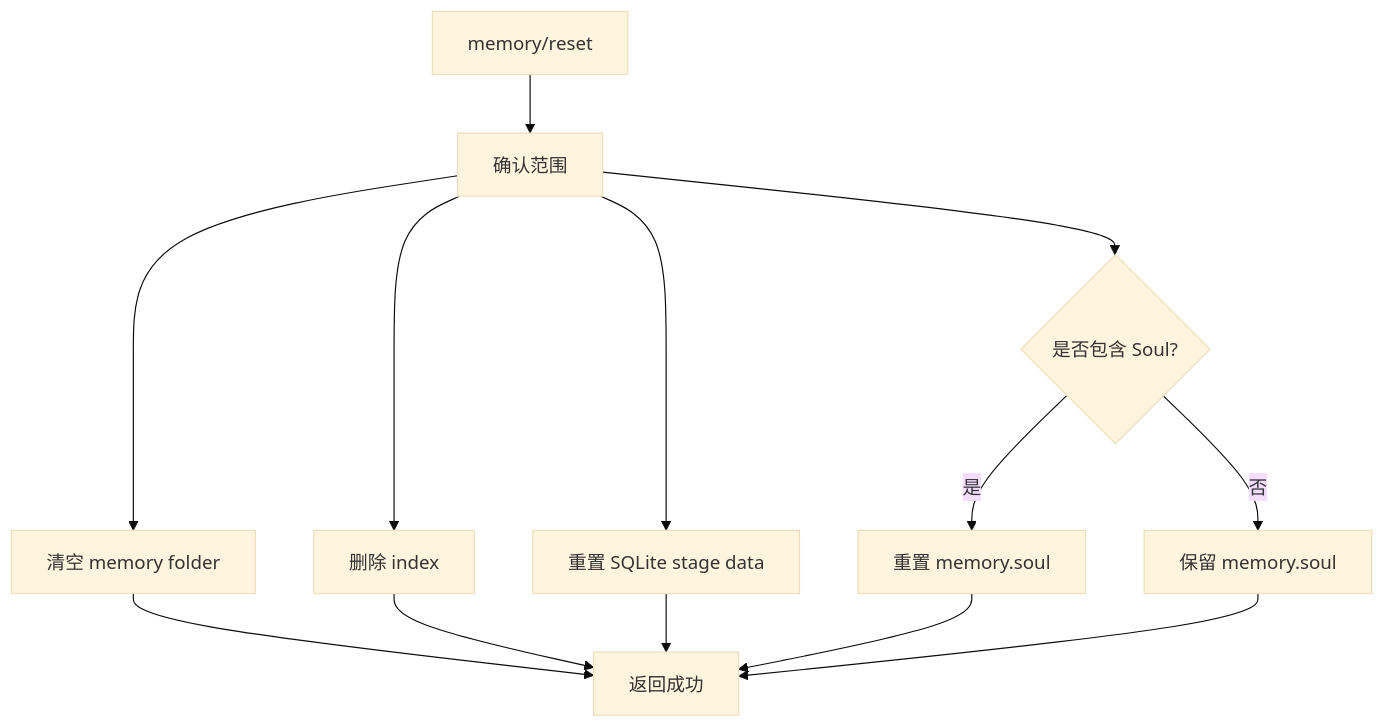
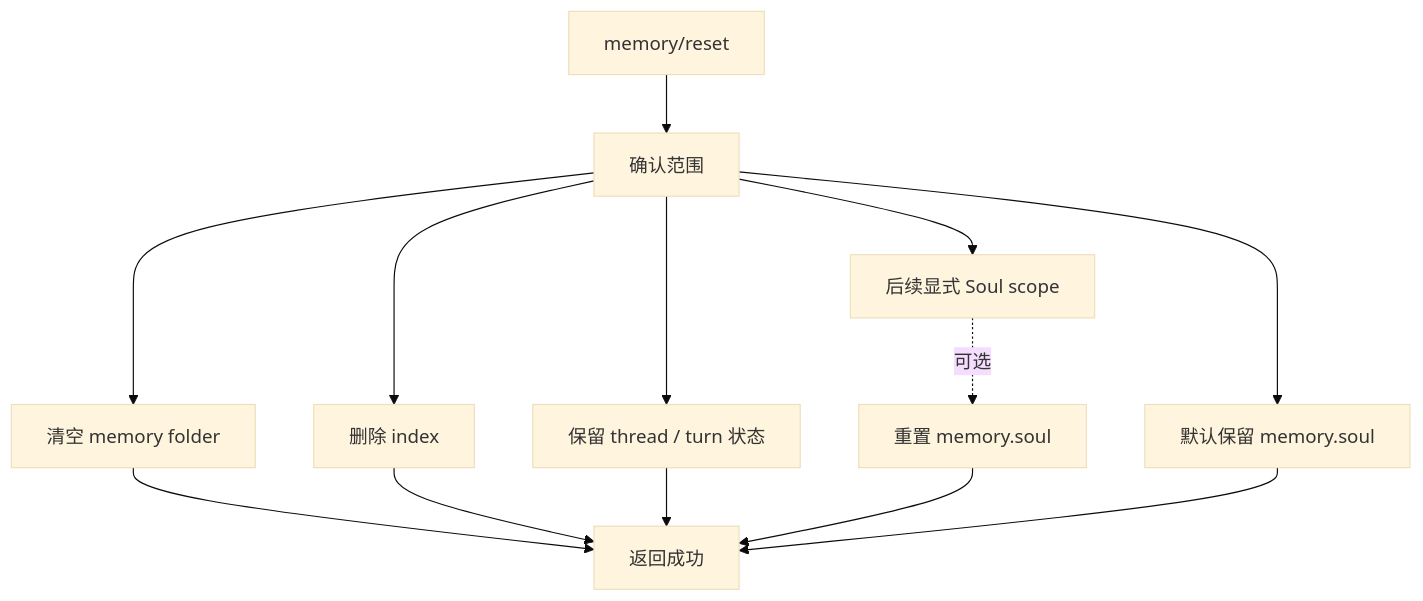
Before and after one commit to jiujuan/lime: the tenth of 10 diagrams in internal/roadmap/memory/diagrams.md, drawn with Mermaid (base theme). The commit also changed other lines of this file and 251 other files, not shown here.

````diff
--- a/internal/roadmap/memory/diagrams.md
+++ b/internal/roadmap/memory/diagrams.md
@@ -199,15 +320,15 @@
 ```mermaid
 flowchart TD
   Reset[memory/reset] --> Confirm[确认范围]
   Confirm --> ClearStore[清空 memory folder]
   Confirm --> ClearIndex[删除 index]
-  Confirm --> ResetSqlite[重置 SQLite stage data]
-  Confirm --> SoulScope{是否包含 Soul?}
-  SoulScope -- 是 --> ResetSoul[重置 memory.soul]
-  SoulScope -- 否 --> KeepSoul[保留 memory.soul]
+  Confirm --> KeepThread[保留 thread / turn 状态]
+  Confirm --> KeepSoul[默认保留 memory.soul]
+  Confirm --> SoulFuture[后续显式 Soul scope]
+  SoulFuture -.可选.-> ResetSoul[重置 memory.soul]
   ClearStore --> Done[返回成功]
   ClearIndex --> Done
-  ResetSqlite --> Done
+  KeepThread --> Done
   ResetSoul --> Done
   KeepSoul --> Done
 ```
````
